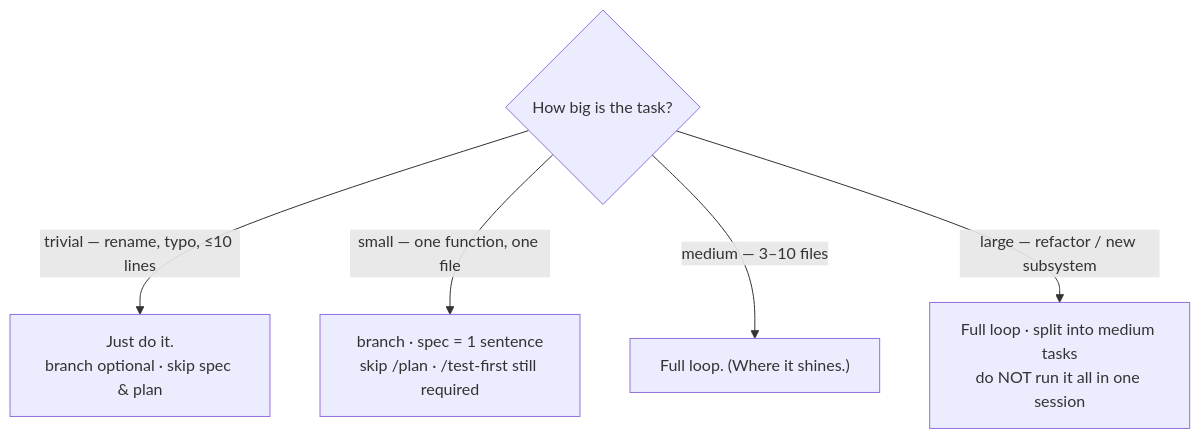
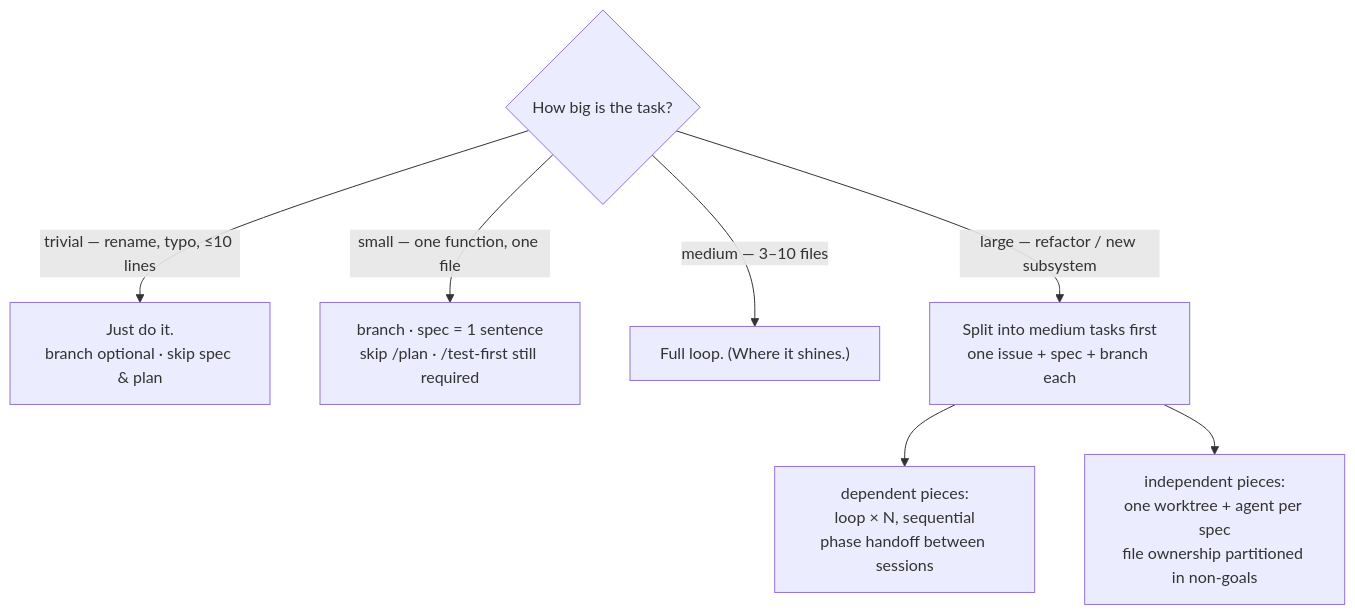
Before and after one commit to bbirkinbine/agentic-scaffold: the seventh of 8 diagrams in python/docs/workflow-diagram.md, drawn with Mermaid. The commit also changed other lines of this file and 25 other files, not shown here.

````diff
--- a/python/docs/workflow-diagram.md
+++ b/python/docs/workflow-diagram.md
@@ -177,8 +262,10 @@
 ```mermaid
 flowchart TD
     Q{"How big is the task?"}
     Q -->|"trivial — rename, typo, ≤10 lines"| TRIV["Just do it.<br/>branch optional · skip spec & plan"]
     Q -->|"small — one function, one file"| SMALL["branch · spec = 1 sentence<br/>skip /plan · /test-first still required"]
     Q -->|"medium — 3–10 files"| MED["Full loop. (Where it shines.)"]
-    Q -->|"large — refactor / new subsystem"| LARGE["Full loop · split into medium tasks<br/>do NOT run it all in one session"]
+    Q -->|"large — refactor / new subsystem"| LARGE["Split into medium tasks first<br/>one issue + spec + branch each"]
+    LARGE --> SEQ["dependent pieces:<br/>loop × N, sequential<br/>phase handoff between sessions"]
+    LARGE --> PAR["independent pieces:<br/>one worktree + agent per spec<br/>file ownership partitioned in non-goals"]
 ```
````
